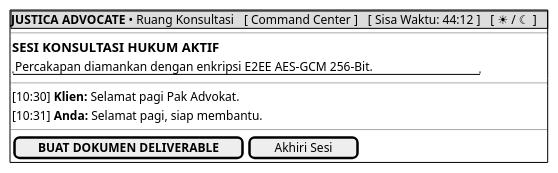
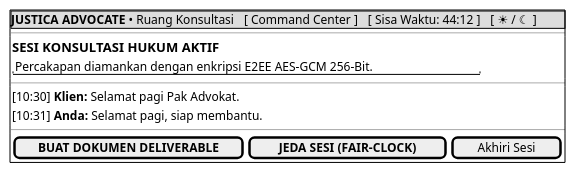
Before and after one commit to tupperwureism/SuperApp-Gagal: the diagram in JustifiqaMockups/mockup_clear/MOCK-J-AD-04_Ruang_Konsultasi_Advokat_E2EE.md, drawn with PlantUML. The commit also changed other lines of this file and 2 other files, not shown here.

````diff
--- a/JustifiqaMockups/mockup_clear/MOCK-J-AD-04_Ruang_Konsultasi_Advokat_E2EE.md
+++ b/JustifiqaMockups/mockup_clear/MOCK-J-AD-04_Ruang_Konsultasi_Advokat_E2EE.md
@@ -16,21 +16,21 @@
 ```plantuml
 @startsalt
 {+
   {* <b>JUSTICA ADVOCATE</b> • Ruang Konsultasi | [ Command Center ] | [ Sisa Waktu: 44:12 ] | [ ☀ / ☾ ] }
   --
   {
     === SESI KONSULTASI HUKUM AKTIF
     "Percakapan diamankan dengan enkripsi E2EE AES-GCM 256-Bit."
   }
   --
   {
     [10:30] <b>Klien:</b> Selamat pagi Pak Advokat.
     [10:31] <b>Anda:</b> Selamat pagi, siap membantu.
   }
   --
   {
-    [  <b>BUAT DOKUMEN DELIVERABLE</b>  ] | [ Akhiri Sesi ]
+    [  <b>BUAT DOKUMEN DELIVERABLE</b>  ] | [ <b>JEDA SESI (FAIR-CLOCK)</b> ] | [ Akhiri Sesi ]
   }
 }
 @endsalt
 ```
````
